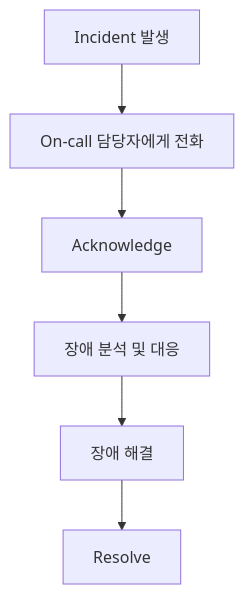
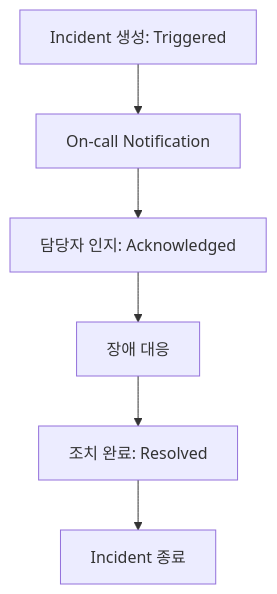
One commit to sanghoon-lee/sanghoon-lee.github.io changed the third of 3 diagrams in _posts/2026-09-27-pagerduty7.md. Above: the diagram before and after it, drawn with Mermaid. The commit also changed other lines of this file and 2 other files, not shown here.

````diff
--- a/_posts/2026-09-27-pagerduty7.md
+++ b/_posts/2026-09-27-pagerduty7.md
@@ -92,13 +91,13 @@
 ```mermaid
 flowchart TD
 
-    A["Incident 발생"] --> B["On-call 담당자에게 전화"]
+    A["Incident 생성: Triggered"] --> B["On-call Notification"]
 
-    B --> C["Acknowledge"]
+    B --> C["담당자 인지: Acknowledged"]
 
-    C --> D["장애 분석 및 대응"]
+    C --> D["장애 대응"]
 
-    D --> E["장애 해결"]
+    D --> E["조치 완료: Resolved"]
 
-    E --> F["Resolve"]
+    E --> F["Incident 종료"]
 ```
````
